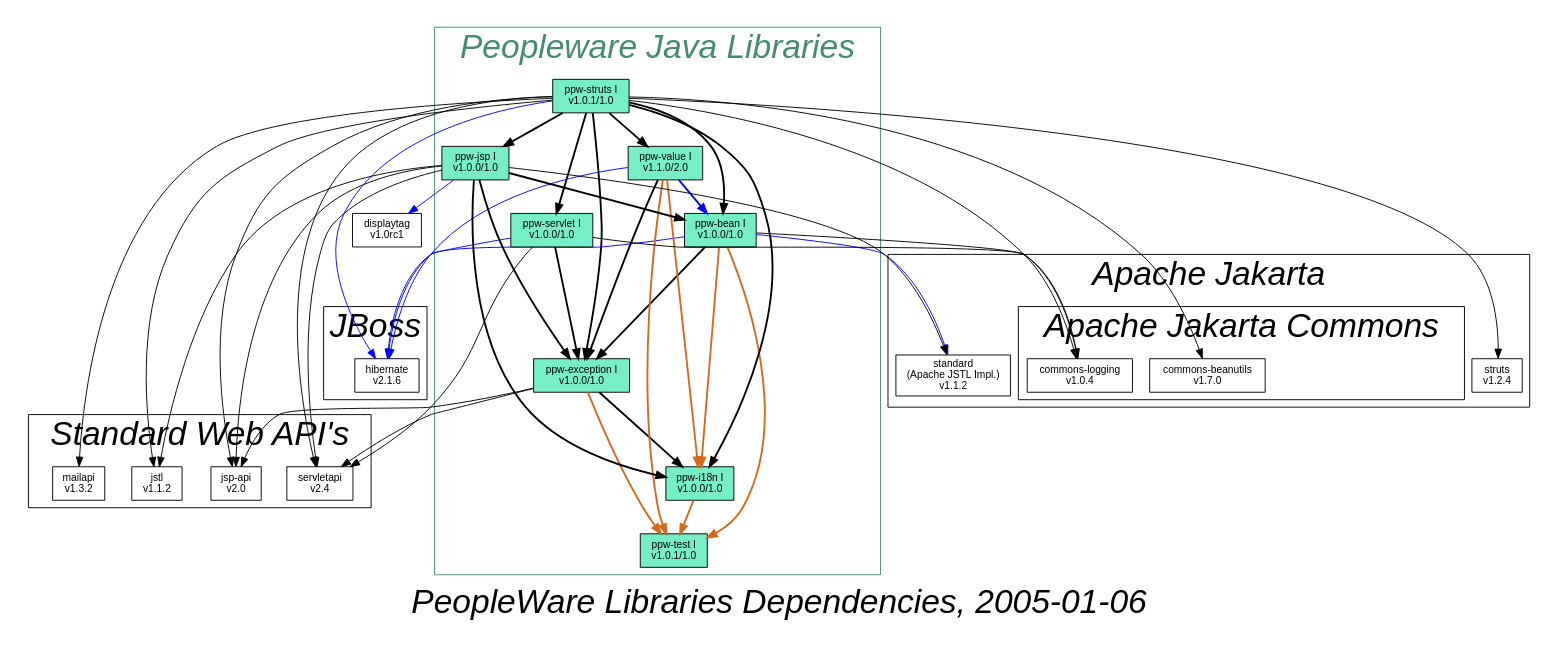
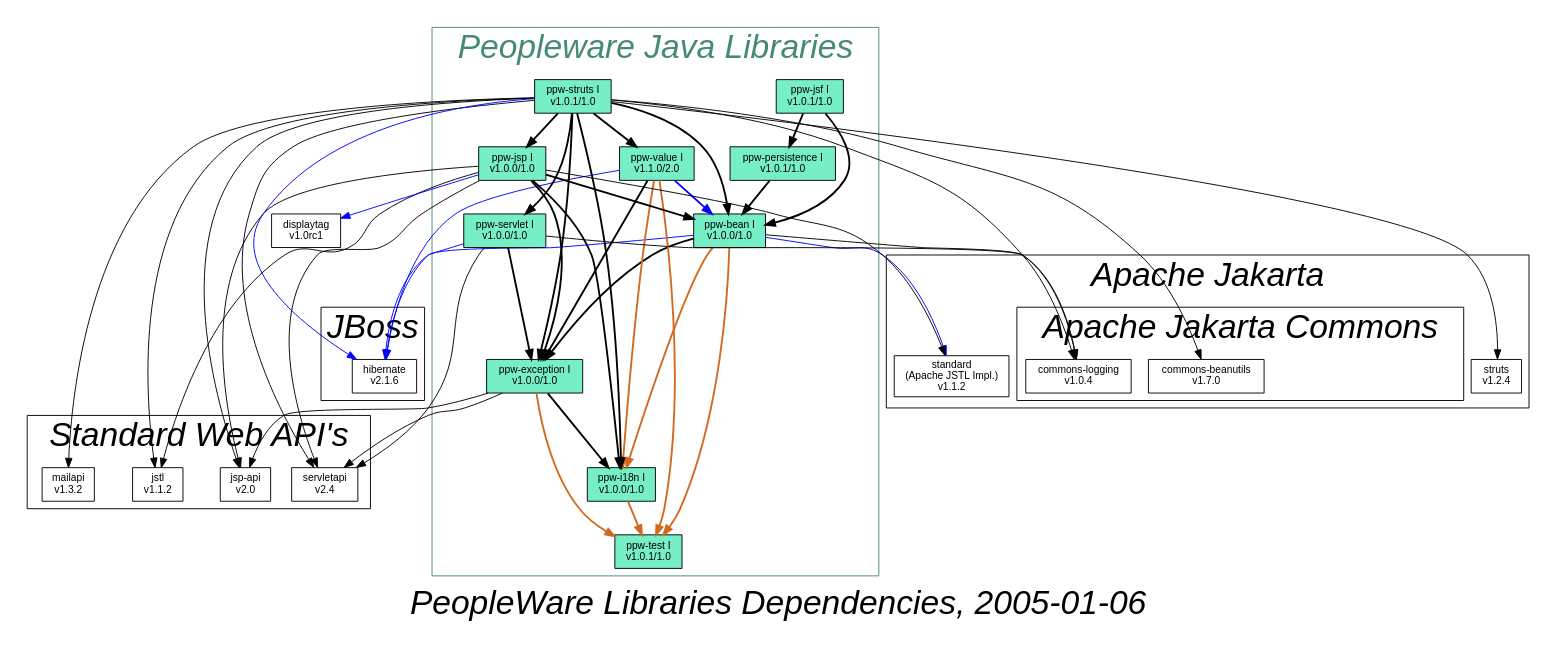
One commit to peopleware/java-ppwcode-vernacular-exception changed the diagram in Index/docs/Dependencies.dot. Above: the diagram before and after it, drawn with Graphviz. The commit also changed 1 other file, not shown here.

Commit message:
new version of bean, added entries for persistence and jsf; dot file begin of change, but not consistent

```diff
--- a/Index/docs/Dependencies.dot
+++ b/Index/docs/Dependencies.dot
@@ -1,116 +1,120 @@
 digraph PeopleWare_Libraries_Dependencies {
 
   graph [	fontname = "Helvetica-Oblique",
 		fontsize = 36,
 		label = "PeopleWare Libraries Dependencies, 2005-01-06",
 		size = "10,50"];
 
   nslimit=10.0;
   mclimit=10.0;
 
   node [shape = rectangle, fillcolor=aquamarine2,
         fontname = "Helvetica", fontsize = 11];
   
   edge [];
   /* optional = blue
      only needed for the tests = chocolate */
 
 
   subgraph cluster_PPW_Libraries {
   
     color = aquamarine4;
     fontcolor = aquamarine4;
     label = "Peopleware Java Libraries";
                           
     node [style=filled, fillcolor=aquamarine2];
     edge [style=bold];
   
     ppw_test_I          [label="ppw-test I\nv1.0.1/1.0"];
     ppw_i18n_I          [label="ppw-i18n I\nv1.0.0/1.0"];
     ppw_exc_I           [label="ppw-exception I\nv1.0.0/1.0"];
     ppw_bean_I          [label="ppw-bean I\nv1.0.0/1.0"];
     ppw_value_I         [label="ppw-value I\nv1.1.0/2.0"];
     ppw_servlet_I       [label="ppw-servlet I\nv1.0.0/1.0"];
     ppw_jsp_I           [label="ppw-jsp I\nv1.0.0/1.0"];
     ppw_struts_I        [label="ppw-struts I\nv1.0.1/1.0"];
+    ppw_persistence_I   [label="ppw-persistence I\nv1.0.1/1.0"];
+    ppw_jsf_I           [label="ppw-jsf I\nv1.0.1/1.0"];
   
     ppw_i18n_I        -> ppw_test_I [color=chocolate];
     
     ppw_exc_I         -> {ppw_i18n_I};
     ppw_exc_I         -> ppw_test_I [color=chocolate];
     
     ppw_bean_I        -> ppw_exc_I;
     ppw_bean_I        -> {ppw_test_I; ppw_i18n_I} [color=chocolate];
     
     ppw_value_I       -> {ppw_exc_I};
     ppw_value_I       -> ppw_bean_I [color=blue];
     ppw_value_I       -> {ppw_test_I; ppw_i18n_I} [color=chocolate];
     
     ppw_servlet_I     -> {ppw_exc_I};
     
     ppw_jsp_I         -> {ppw_i18n_I; ppw_exc_I; ppw_bean_I};
     
     ppw_struts_I      -> {ppw_i18n_I; ppw_exc_I; ppw_bean_I; ppw_value_I;
                           ppw_servlet_I; ppw_jsp_I};
 
+    ppw_persistence_I -> {ppw_bean_I};
+    ppw_jsf_I         -> {ppw_bean_I, ppw_persistence_I};
   }
   
   subgraph cluster_web_apis {
   
     label = "Standard Web API's";
 
     servlet_api       [label="servletapi\nv2.4"];
     jsp_api           [label="jsp-api\nv2.0"];
     jstl_api          [label="jstl\nv1.1.2"];
     mail_api          [label="mailapi\nv1.3.2"];
 
   }
 
   subgraph cluster_Apache_jakarta {
   
     label = "Apache Jakarta";
 
     jstl_apache       [label="standard\n(Apache JSTL Impl.)\nv1.1.2"];
     struts            [label="struts\nv1.2.4"];
 
     subgraph cluster_commons {
     
       label = "Apache Jakarta Commons";
   
       commons_logging   [label="commons-logging\nv1.0.4"];
       commons_beanutils [label="commons-beanutils\nv1.7.0"];
   
     }
 
   }
   
   
   subgraph cluster_JBoss {
   
     label = "JBoss";
     
     hibernate2        [label="hibernate\nv2.1.6"];
     
   }
 
   displaytag        [label="displaytag\nv1.0rc1"];
 
   ppw_exc_I         -> {servlet_api; jsp_api};
   
   ppw_bean_I        -> {commons_logging};
   ppw_bean_I        -> {hibernate2; jstl_apache} [color=blue];
   
   ppw_value_I       -> hibernate2 [color=blue];
   
   ppw_servlet_I     -> {commons_logging; servlet_api};
   ppw_servlet_I     -> hibernate2 [color=blue];
   
   ppw_jsp_I         -> {servlet_api; jsp_api; jstl_api; jstl_apache};
   ppw_jsp_I         -> displaytag [color=blue];
   
   ppw_struts_I      -> {commons_logging; commons_beanutils;
                         servlet_api; jsp_api; jstl_api; mail_api;
                         struts};
   ppw_struts_I      -> hibernate2 [color=blue];
 
 }
```
